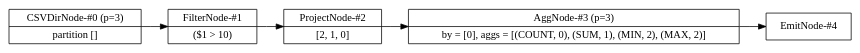
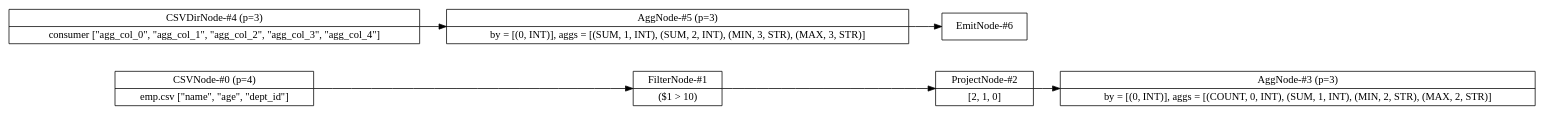
Before and after one commit to adarshpannu/kona: the diagram in src/data/flow.dot, drawn with Graphviz. The commit also changed 4 other files, not shown here.

```diff
--- a/src/data/flow.dot
+++ b/src/data/flow.dot
@@ -1,15 +1,18 @@
 digraph example1 {
     node [shape=record];
     rankdir=LR;
     splines=polyline;
     nodesep=0.5;
-    Node0[label="CSVDirNode-#0 (p=3)|partition []"];
+    Node0[label="CSVNode-#0 (p=4)|emp.csv [\"name\", \"age\", \"dept_id\"]"];
     Node1[label="FilterNode-#1|($1 &gt; 10)"];
     Node0 -> Node1;
     Node2[label="ProjectNode-#2|[2, 1, 0]"];
     Node1 -> Node2;
-    Node3[label="AggNode-#3 (p=3)|by = [0], aggs = [(COUNT, 0), (SUM, 1), (MIN, 2), (MAX, 2)]"];
+    Node3[label="AggNode-#3 (p=3)|by = [(0, INT)], aggs = [(COUNT, 0, INT), (SUM, 1, INT), (MIN, 2, STR), (MAX, 2, STR)]"];
     Node2 -> Node3;
-    Node4[label="EmitNode-#4"];
-    Node3 -> Node4;
+    Node4[label="CSVDirNode-#4 (p=3)|consumer [\"agg_col_0\", \"agg_col_1\", \"agg_col_2\", \"agg_col_3\", \"agg_col_4\"]"];
+    Node5[label="AggNode-#5 (p=3)|by = [(0, INT)], aggs = [(SUM, 1, INT), (SUM, 2, INT), (MIN, 3, STR), (MAX, 3, STR)]"];
+    Node4 -> Node5;
+    Node6[label="EmitNode-#6"];
+    Node5 -> Node6;
 }
```
